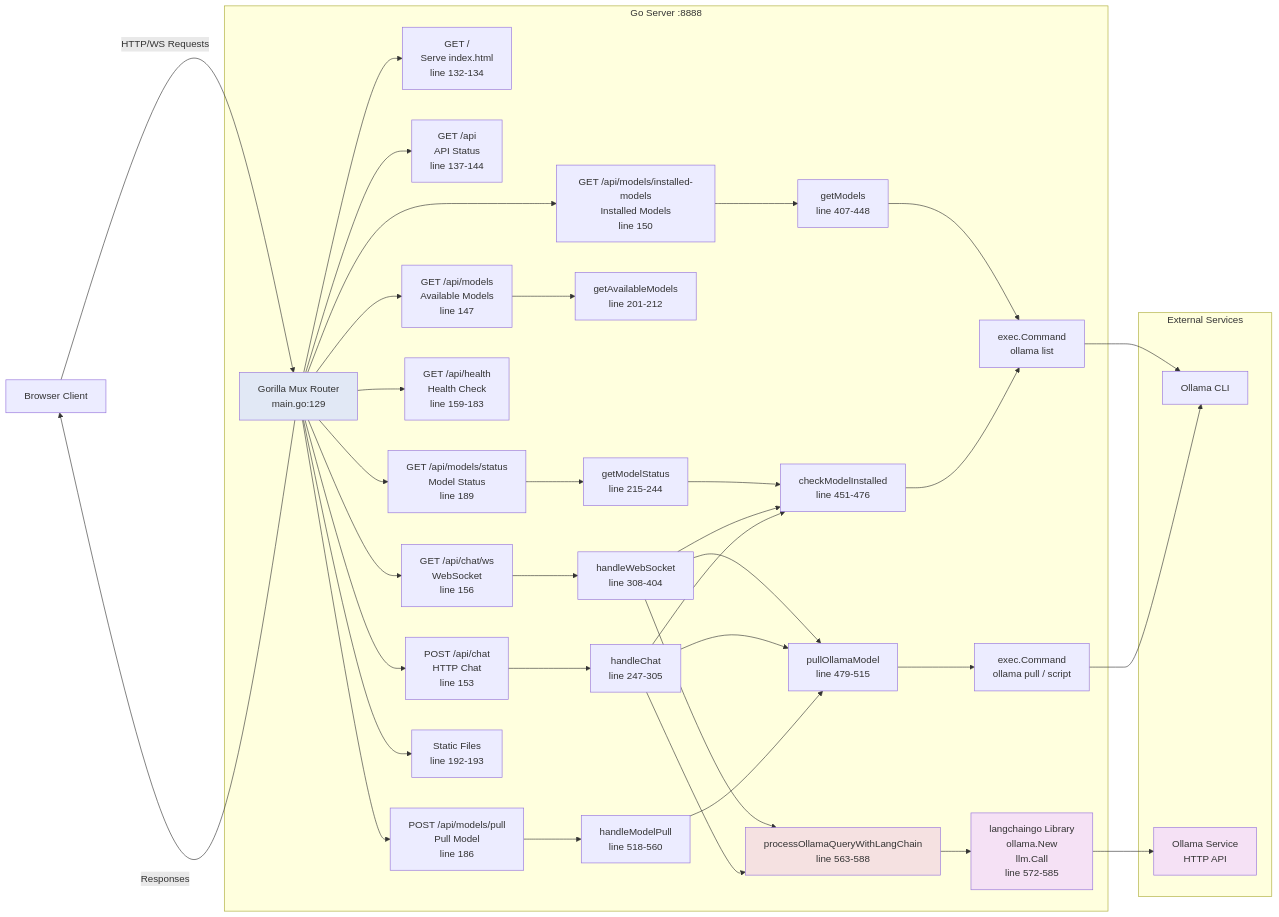
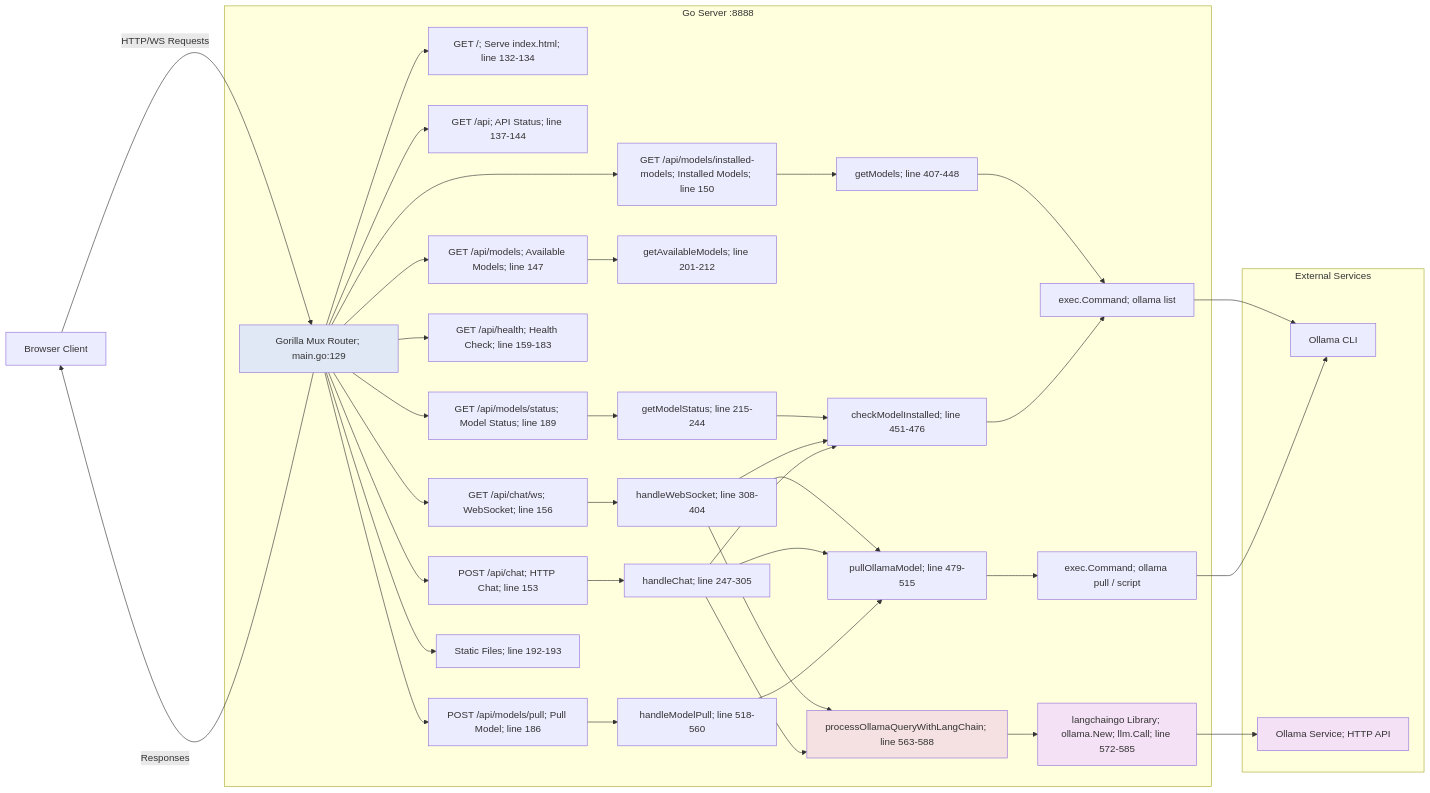
The fourth of 7 diagrams in docs/MERMAID_FLOW_DIAGRAMS.md (LinuxUser255/OllamaMax), drawn with Mermaid before and after one commit. The commit also changed other lines of this file, not shown here.

First line of the commit message:
fix: Remove HTML br tags from Mermaid diagrams for GitHub compatibility

````diff
--- a/docs/MERMAID_FLOW_DIAGRAMS.md
+++ b/docs/MERMAID_FLOW_DIAGRAMS.md
@@ -253,57 +253,57 @@
 ```mermaid
 graph LR
     Client[Browser Client]
     
     subgraph "Go Server :8888"
-        Router[Gorilla Mux Router<br/>main.go:129]
+        Router[Gorilla Mux Router; main.go:129]
         
-        Router --> GET1[GET /<br/>Serve index.html<br/>line 132-134]
-        Router --> GET2[GET /api<br/>API Status<br/>line 137-144]
-        Router --> GET3[GET /api/models<br/>Available Models<br/>line 147]
-        Router --> GET4[GET /api/models/installed-models<br/>Installed Models<br/>line 150]
-        Router --> GET5[GET /api/models/status<br/>Model Status<br/>line 189]
-        Router --> GET6[GET /api/health<br/>Health Check<br/>line 159-183]
-        Router --> GET7[GET /api/chat/ws<br/>WebSocket<br/>line 156]
-        Router --> POST1[POST /api/chat<br/>HTTP Chat<br/>line 153]
-        Router --> POST2[POST /api/models/pull<br/>Pull Model<br/>line 186]
-        Router --> Static[Static Files<br/>line 192-193]
+        Router --> GET1[GET /; Serve index.html; line 132-134]
+        Router --> GET2[GET /api; API Status; line 137-144]
+        Router --> GET3[GET /api/models; Available Models; line 147]
+        Router --> GET4[GET /api/models/installed-models; Installed Models; line 150]
+        Router --> GET5[GET /api/models/status; Model Status; line 189]
+        Router --> GET6[GET /api/health; Health Check; line 159-183]
+        Router --> GET7[GET /api/chat/ws; WebSocket; line 156]
+        Router --> POST1[POST /api/chat; HTTP Chat; line 153]
+        Router --> POST2[POST /api/models/pull; Pull Model; line 186]
+        Router --> Static[Static Files; line 192-193]
         
-        GET3 --> HandlerA[getAvailableModels<br/>line 201-212]
-        GET4 --> HandlerB[getModels<br/>line 407-448]
-        GET5 --> HandlerC[getModelStatus<br/>line 215-244]
-        GET7 --> HandlerD[handleWebSocket<br/>line 308-404]
-        POST1 --> HandlerE[handleChat<br/>line 247-305]
-        POST2 --> HandlerF[handleModelPull<br/>line 518-560]
+        GET3 --> HandlerA[getAvailableModels; line 201-212]
+        GET4 --> HandlerB[getModels; line 407-448]
+        GET5 --> HandlerC[getModelStatus; line 215-244]
+        GET7 --> HandlerD[handleWebSocket; line 308-404]
+        POST1 --> HandlerE[handleChat; line 247-305]
+        POST2 --> HandlerF[handleModelPull; line 518-560]
         
-        HandlerD --> Process1[processOllamaQueryWithLangChain<br/>line 563-588]
+        HandlerD --> Process1[processOllamaQueryWithLangChain; line 563-588]
         HandlerE --> Process1
         
-        HandlerC --> Check1[checkModelInstalled<br/>line 451-476]
+        HandlerC --> Check1[checkModelInstalled; line 451-476]
         HandlerD --> Check1
         HandlerE --> Check1
         
-        HandlerD --> Pull1[pullOllamaModel<br/>line 479-515]
+        HandlerD --> Pull1[pullOllamaModel; line 479-515]
         HandlerE --> Pull1
         HandlerF --> Pull1
         
-        HandlerB --> Shell1[exec.Command<br/>ollama list]
+        HandlerB --> Shell1[exec.Command; ollama list]
         Check1 --> Shell1
-        Pull1 --> Shell2[exec.Command<br/>ollama pull / script]
+        Pull1 --> Shell2[exec.Command; ollama pull / script]
         
-        Process1 --> LangChain[langchaingo Library<br/>ollama.New<br/>llm.Call<br/>line 572-585]
+        Process1 --> LangChain[langchaingo Library; ollama.New; llm.Call; line 572-585]
     end
     
     subgraph "External Services"
         Shell1 --> Ollama1[Ollama CLI]
         Shell2 --> Ollama1
-        LangChain --> Ollama2[Ollama Service<br/>HTTP API]
+        LangChain --> Ollama2[Ollama Service; HTTP API]
     end
     
     Client -->|HTTP/WS Requests| Router
     Router -->|Responses| Client
     
     style Router fill:#e1e8f5
     style Process1 fill:#f5e1e1
     style LangChain fill:#f5e1f5
     style Ollama2 fill:#f5e1f5
 ```
````
